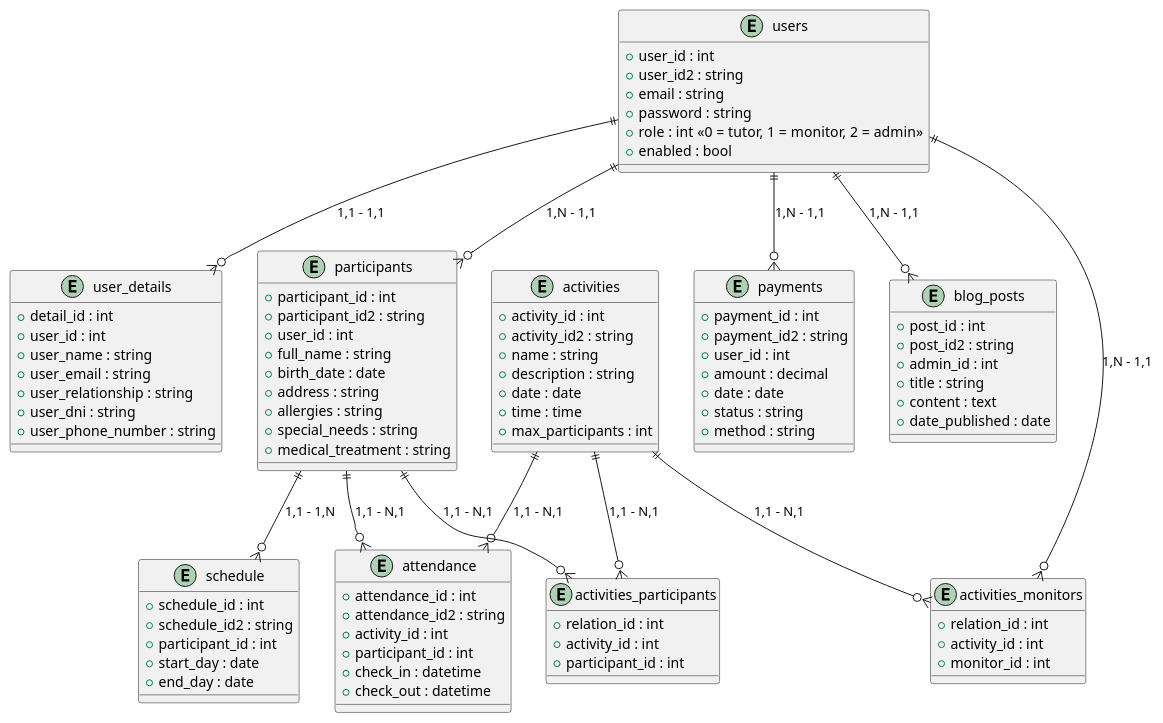
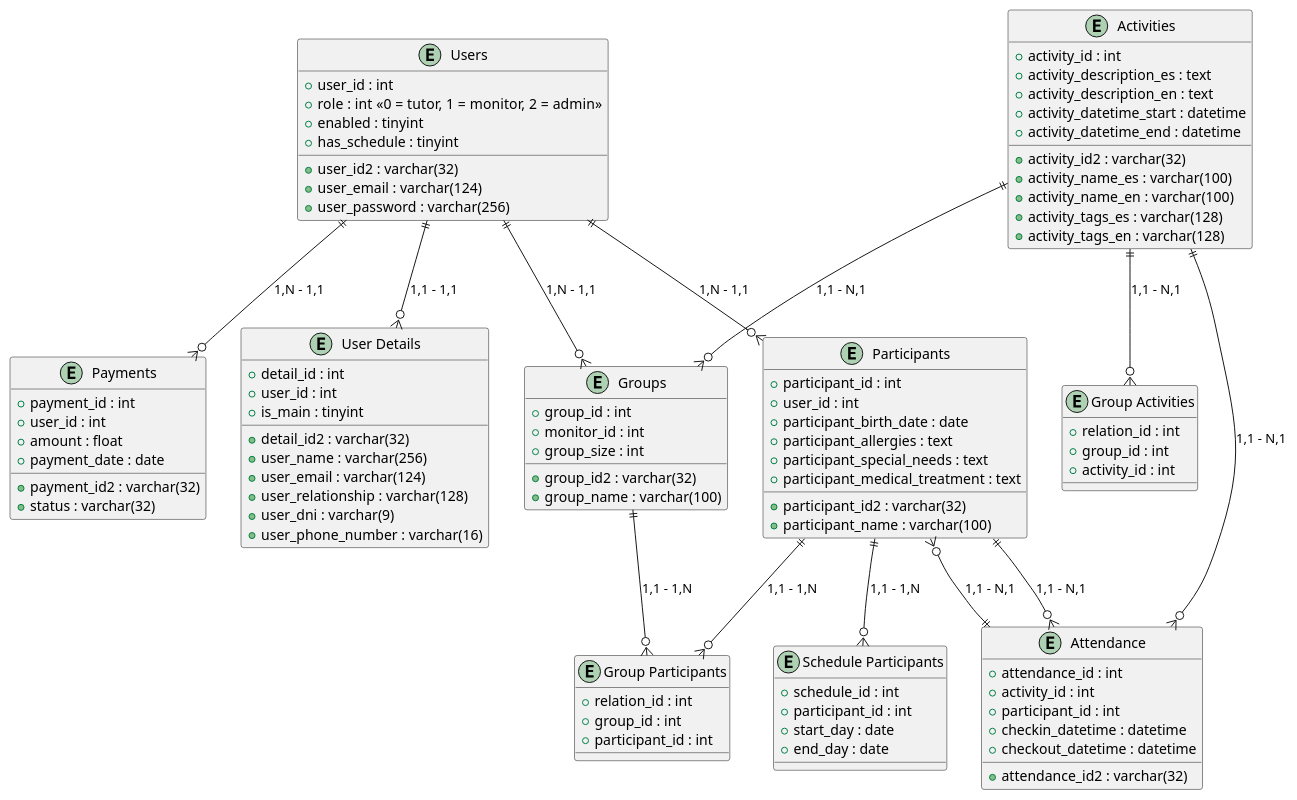
One commit to DCV05/Proyecto-Integrador changed the diagram in documentacion/entidad_relacion.plantuml. Above: the diagram before and after it, drawn with PlantUML. The commit also changed 16 other files, not shown here.

```diff
--- a/documentacion/entidad_relacion.plantuml
+++ b/documentacion/entidad_relacion.plantuml
@@ -1,108 +1,112 @@
 @startuml Campamento
 
 top to bottom direction
 
-entity "users" as usuarios {
+entity "Users" as users {
     + user_id : int
-    + user_id2 : string
-    + email : string
-    + password : string
+    + user_id2 : varchar(32)
+    + user_email : varchar(124)
+    + user_password : varchar(256)
     + role : int <<0 = tutor, 1 = monitor, 2 = admin>>
-    + enabled : bool
+    + enabled : tinyint
+    + has_schedule : tinyint
 }
 
-entity "user_details" as detalles_usuarios {
+entity "User Details" as user_details {
     + detail_id : int
+    + detail_id2 : varchar(32)
     + user_id : int
-    + user_name : string
-    + user_email : string
-    + user_relationship : string
-    + user_dni : string
-    + user_phone_number : string
+    + user_name : varchar(256)
+    + user_email : varchar(124)
+    + user_relationship : varchar(128)
+    + user_dni : varchar(9)
+    + user_phone_number : varchar(16)
+    + is_main : tinyint
 }
 
-entity "participants" as participantes {
+entity "Participants" as participants {
     + participant_id : int
-    + participant_id2 : string
+    + participant_id2 : varchar(32)
     + user_id : int
-    + full_name : string
-    + birth_date : date
-    + address : string
-    + allergies : string
-    + special_needs : string
-    + medical_treatment : string
+    + participant_name : varchar(100)
+    + participant_birth_date : date
+    + participant_allergies : text
+    + participant_special_needs : text
+    + participant_medical_treatment : text
 }
 
-entity "schedule" as cronograma {
+entity "Groups" as groups {
+    + group_id : int
+    + group_id2 : varchar(32)
+    + group_name : varchar(100)
+    + monitor_id : int
+    + group_size : int
+}
+
+entity "Group Participants" as group_participants {
+    + relation_id : int
+    + group_id : int
+    + participant_id : int
+}
+
+entity "Activities" as activities {
+    + activity_id : int
+    + activity_id2 : varchar(32)
+    + activity_name_es : varchar(100)
+    + activity_name_en : varchar(100)
+    + activity_description_es : text
+    + activity_description_en : text
+    + activity_tags_es : varchar(128)
+    + activity_tags_en : varchar(128)
+    + activity_datetime_start : datetime
+    + activity_datetime_end : datetime
+}
+
+entity "Group Activities" as group_activities {
+    + relation_id : int
+    + group_id : int
+    + activity_id : int
+}
+
+entity "Attendance" as attendance {
+    + attendance_id : int
+    + attendance_id2 : varchar(32)
+    + activity_id : int
+    + participant_id : int
+    + checkin_datetime : datetime
+    + checkout_datetime : datetime
+}
+
+entity "Payments" as payments {
+    + payment_id : int
+    + payment_id2 : varchar(32)
+    + user_id : int
+    + status : varchar(32)
+    + amount : float
+    + payment_date : date
+}
+
+entity "Schedule Participants" as schedule_participants {
     + schedule_id : int
-    + schedule_id2 : string
     + participant_id : int
     + start_day : date
     + end_day : date
 }
 
-entity "activities" as actividades {
-    + activity_id : int
-    + activity_id2 : string
-    + name : string
-    + description : string
-    + date : date
-    + time : time
-    + max_participants : int
-}
+users ||--o{ user_details : "1,1 - 1,1"
+users ||--o{ participants : "1,N - 1,1"
+users ||--o{ payments : "1,N - 1,1"
+users ||--o{ groups : "1,N - 1,1"
 
-entity "activities_monitors" as actividades_monitores {
-    + relation_id : int
-    + activity_id : int
-    + monitor_id : int
-}
+participants ||--o{ group_participants : "1,1 - 1,N"
+participants ||--o{ attendance : "1,1 - N,1"
+participants ||--o{ schedule_participants : "1,1 - 1,N"
 
-entity "activities_participants" as actividades_participantes {
-    + relation_id : int
-    + activity_id : int
-    + participant_id : int
-}
+activities ||--o{ group_activities : "1,1 - N,1"
+activities ||--o{ groups : "1,1 - N,1"
+groups ||--o{ group_participants : "1,1 - 1,N"
+activities ||--o{ attendance : "1,1 - N,1"
 
-entity "attendance" as asistencias {
-    + attendance_id : int
-    + attendance_id2 : string
-    + activity_id : int
-    + participant_id : int
-    + check_in : datetime
-    + check_out : datetime
-}
-
-entity "payments" as pagos {
-    + payment_id : int
-    + payment_id2 : string
-    + user_id : int
-    + amount : decimal
-    + date : date
-    + status : string
-    + method : string
-}
-
-entity "blog_posts" as publicaciones_blog {
-    + post_id : int
-    + post_id2 : string
-    + admin_id : int
-    + title : string
-    + content : text
-    + date_published : date
-}
-
-usuarios ||--o{ detalles_usuarios : "1,1 - 1,1"
-usuarios ||--o{ participantes : "1,N - 1,1"
-usuarios ||--o{ pagos : "1,N - 1,1"
-usuarios ||--o{ actividades_monitores : "1,N - 1,1"
-usuarios ||--o{ publicaciones_blog : "1,N - 1,1"
-
-participantes ||--o{ cronograma : "1,1 - 1,N"
-participantes ||--o{ actividades_participantes : "1,1 - N,1"
-participantes ||--o{ asistencias : "1,1 - N,1"
-
-actividades ||--o{ actividades_monitores : "1,1 - N,1"
-actividades ||--o{ actividades_participantes : "1,1 - N,1"
-actividades ||--o{ asistencias : "1,1 - N,1"
+attendance ||--o{ participants : "1,1 - N,1"
 
 @enduml
```
